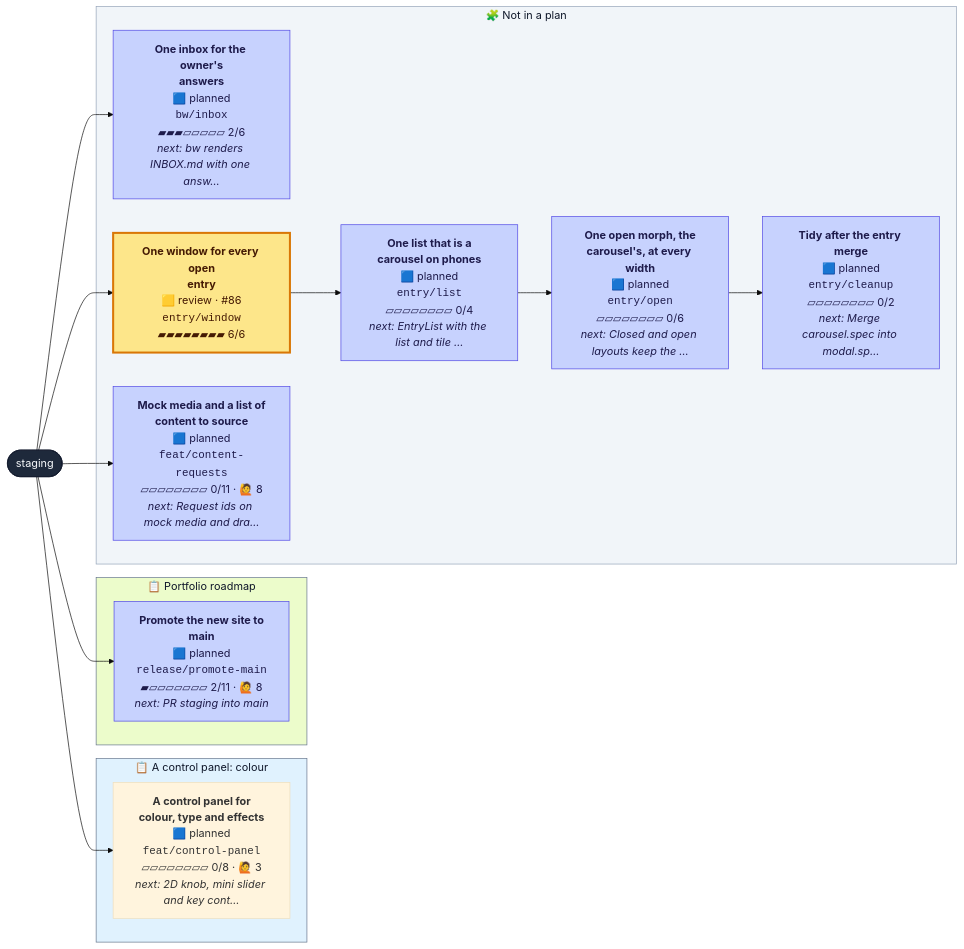
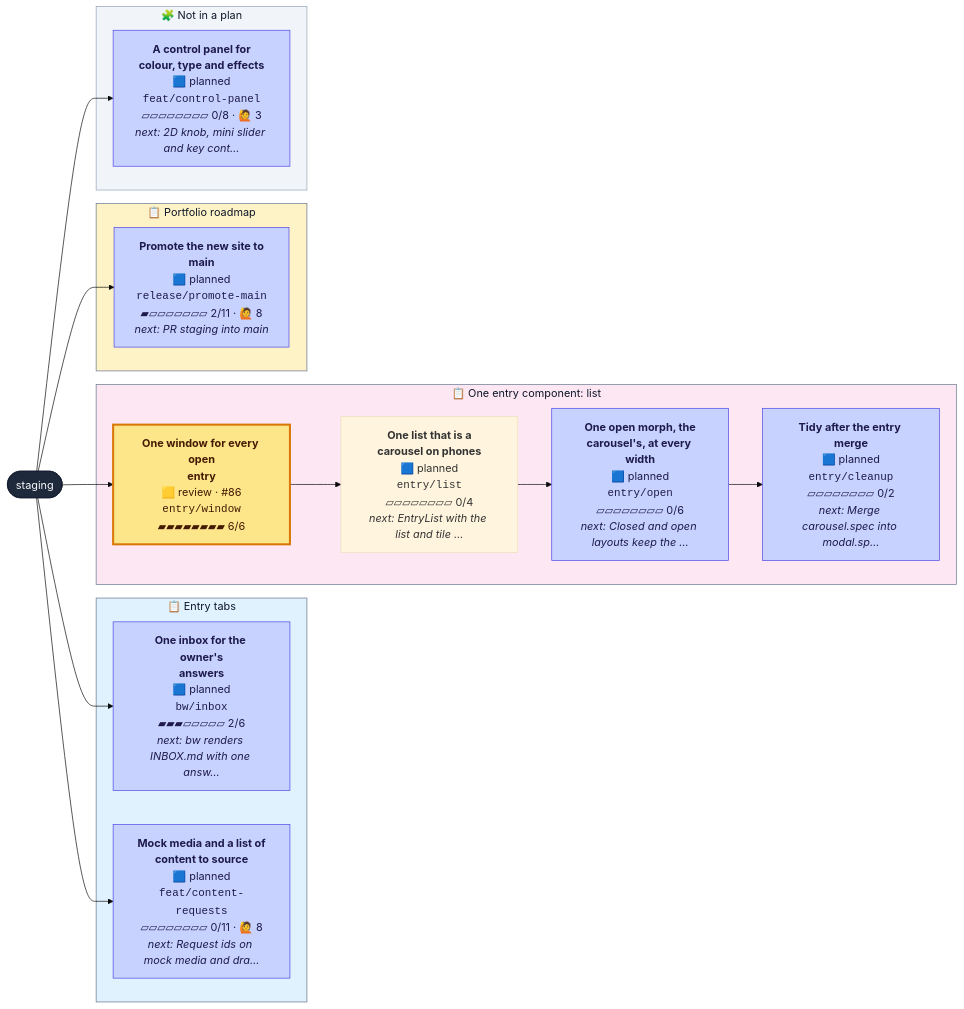
One commit to henryjonescodes/portfolio changed the diagram in CONTRIBUTING.md. Above: the diagram before and after it, drawn with Mermaid (base theme). The commit also changed other lines of this file, not shown here.

````diff
--- a/CONTRIBUTING.md
+++ b/CONTRIBUTING.md
@@ -16,44 +16,47 @@
 ```mermaid
 flowchart LR
   n_staging([staging])
   class n_staging trunk
-  subgraph plan_0["📋 A control panel: colour"]
-    n_feat_control_panel["<b>A control panel for<br/>colour, type and effects</b><br/>🟦 planned<br/><code>feat/control-panel</code><br/>▱▱▱▱▱▱▱▱ 0/8 · 🙋 3<br/><i>next: 2D knob, mini slider and key cont…</i>"]
-    class n_feat_control_panel planned,current
+  subgraph plan_0["📋 Entry tabs"]
+    n_bw_inbox["<b>One inbox for the owner's<br/>answers</b><br/>🟦 planned<br/><code>bw/inbox</code><br/>▰▰▰▱▱▱▱▱ 2/6<br/><i>next: bw renders INBOX.md with one answ…</i>"]
+    class n_bw_inbox planned
+    n_feat_content_requests["<b>Mock media and a list of<br/>content to source</b><br/>🟦 planned<br/><code>feat/content-requests</code><br/>▱▱▱▱▱▱▱▱ 0/11 · 🙋 8<br/><i>next: Request ids on mock media and dra…</i>"]
+    class n_feat_content_requests planned
   end
   style plan_0 fill:#e0f2fe,stroke:#64748b,color:#0f172a
-  subgraph plan_2["📋 Portfolio roadmap"]
-    n_release_promote_main["<b>Promote the new site to<br/>main</b><br/>🟦 planned<br/><code>release/promote-main</code><br/>▰▱▱▱▱▱▱▱ 2/11 · 🙋 8<br/><i>next: PR staging into main</i>"]
-    class n_release_promote_main planned
-  end
-  style plan_2 fill:#ecfccb,stroke:#64748b,color:#0f172a
-  subgraph loose["🧩 Not in a plan"]
-    n_bw_inbox["<b>One inbox for the owner's<br/>answers</b><br/>🟦 planned<br/><code>bw/inbox</code><br/>▰▰▰▱▱▱▱▱ 2/6<br/><i>next: bw renders INBOX.md with one answ…</i>"]
-    class n_bw_inbox planned
+  subgraph plan_1["📋 One entry component: list"]
     n_entry_cleanup["<b>Tidy after the entry merge</b><br/>🟦 planned<br/><code>entry/cleanup</code><br/>▱▱▱▱▱▱▱▱ 0/2<br/><i>next: Merge carousel.spec into modal.sp…</i>"]
     class n_entry_cleanup planned
     n_entry_list["<b>One list that is a<br/>carousel on phones</b><br/>🟦 planned<br/><code>entry/list</code><br/>▱▱▱▱▱▱▱▱ 0/4<br/><i>next: EntryList with the list and tile …</i>"]
-    class n_entry_list planned
+    class n_entry_list planned,current
     n_entry_open["<b>One open morph, the<br/>carousel's, at every width</b><br/>🟦 planned<br/><code>entry/open</code><br/>▱▱▱▱▱▱▱▱ 0/6<br/><i>next: Closed and open layouts keep the …</i>"]
     class n_entry_open planned
     n_entry_window["<b>One window for every open<br/>entry</b><br/>🟨 review · #86<br/><code>entry/window</code><br/>▰▰▰▰▰▰▰▰ 6/6"]
     class n_entry_window review
-    n_feat_content_requests["<b>Mock media and a list of<br/>content to source</b><br/>🟦 planned<br/><code>feat/content-requests</code><br/>▱▱▱▱▱▱▱▱ 0/11 · 🙋 8<br/><i>next: Request ids on mock media and dra…</i>"]
-    class n_feat_content_requests planned
+  end
+  style plan_1 fill:#fce7f3,stroke:#64748b,color:#0f172a
+  subgraph plan_3["📋 Portfolio roadmap"]
+    n_release_promote_main["<b>Promote the new site to<br/>main</b><br/>🟦 planned<br/><code>release/promote-main</code><br/>▰▱▱▱▱▱▱▱ 2/11 · 🙋 8<br/><i>next: PR staging into main</i>"]
+    class n_release_promote_main planned
+  end
+  style plan_3 fill:#fef3c7,stroke:#64748b,color:#0f172a
+  subgraph loose["🧩 Not in a plan"]
+    n_feat_control_panel["<b>A control panel for<br/>colour, type and effects</b><br/>🟦 planned<br/><code>feat/control-panel</code><br/>▱▱▱▱▱▱▱▱ 0/8 · 🙋 3<br/><i>next: 2D knob, mini slider and key cont…</i>"]
+    class n_feat_control_panel planned
   end
   style loose fill:#f1f5f9,stroke:#94a3b8,color:#0f172a
   n_staging --> n_bw_inbox
   n_entry_open --> n_entry_cleanup
   n_entry_window --> n_entry_list
   n_entry_list --> n_entry_open
   n_staging --> n_entry_window
   n_staging --> n_feat_content_requests
   n_staging --> n_feat_control_panel
   n_staging --> n_release_promote_main
   classDef planned fill:#c7d2fe,stroke:#4f46e5,color:#1e1b4b
   classDef active fill:#bbf7d0,stroke:#16a34a,stroke-width:3px,color:#052e16
   classDef review fill:#fde68a,stroke:#d97706,stroke-width:3px,color:#451a03
   classDef blocked fill:#fecaca,stroke:#dc2626,stroke-width:3px,color:#450a0a
   classDef trunk fill:#1e293b,stroke:#0f172a,color:#f8fafc
   classDef current stroke:#0ea5e9,stroke-width:5px
 ```
````
